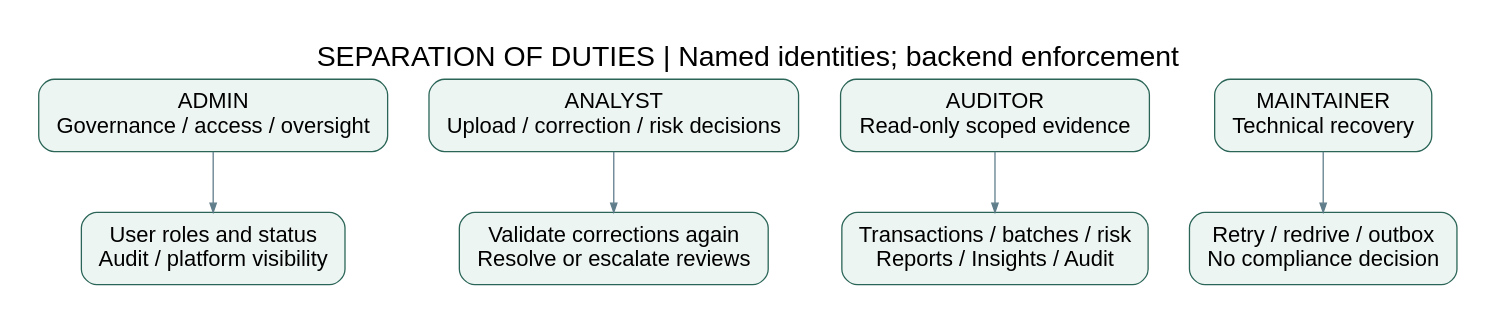
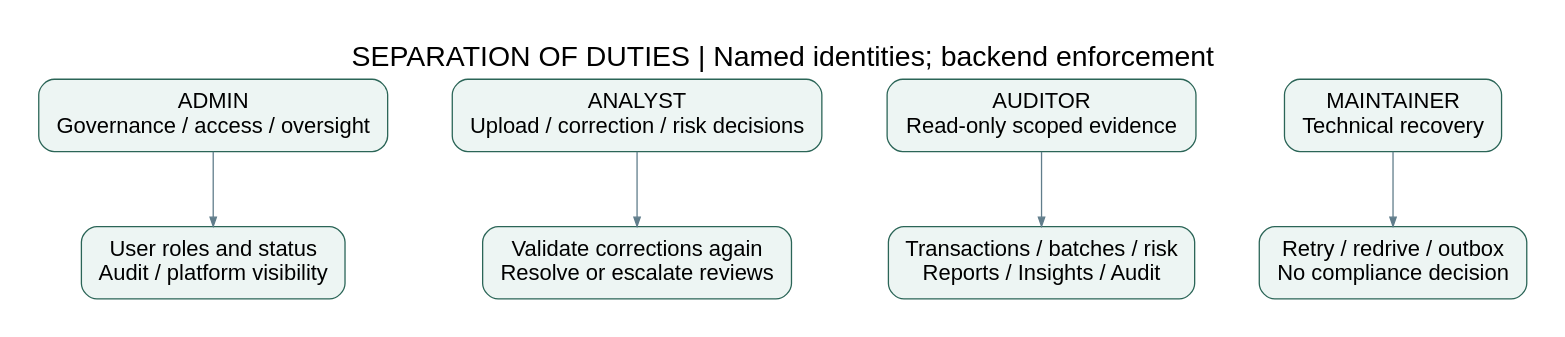
One commit to Nompil/fintrust changed the diagram in docs/presentation/diagram-source/fintrust-release1-role-separation.dot. Above: the diagram before and after it, drawn with Graphviz. The commit also changed 21 other files, not shown here.

Commit message:
Improve presentation diagram layout and readability

```diff
--- a/docs/presentation/diagram-source/fintrust-release1-role-separation.dot
+++ b/docs/presentation/diagram-source/fintrust-release1-role-separation.dot
@@ -1,17 +1,19 @@
+// VIEW: Role Separation
 digraph FinTrust {
 graph [bgcolor="#ffffff",fontname="Arial",fontsize=22,pad=0.3,nodesep=0.45,ranksep=0.65]; node [shape=box,style="rounded,filled",fillcolor="#edf5f3",color="#2b6557",fontname="Arial",fontsize=17,margin="0.18,0.13"]; edge [color="#607d8b",fontname="Arial",fontsize=13,arrowsize=0.7];
+graph [splines=ortho,nodesep=.7,ranksep=.8];
 rankdir=TB; label="SEPARATION OF DUTIES | Named identities; backend enforcement"; labelloc=t;
 {rank=same;admin;analyst;auditor;maint;} {rank=same;gov;risk;read;ops;}
 admin [label="ADMIN\nGovernance / access / oversight",shape=box];
 analyst [label="ANALYST\nUpload / correction / risk decisions",shape=box];
 auditor [label="AUDITOR\nRead-only scoped evidence",shape=box];
 maint [label="MAINTAINER\nTechnical recovery",shape=box];
 gov [label="User roles and status\nAudit / platform visibility",shape=box];
 risk [label="Validate corrections again\nResolve or escalate reviews",shape=box];
 read [label="Transactions / batches / risk\nReports / Insights / Audit",shape=box];
 ops [label="Retry / redrive / outbox\nNo compliance decision",shape=box];
 admin -> gov;
 analyst -> risk;
 auditor -> read;
 maint -> ops;
 }
```
